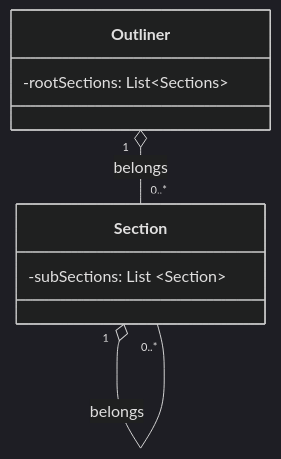
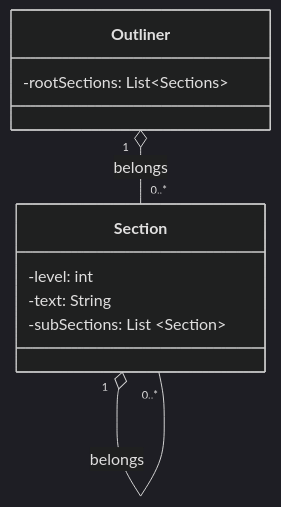
One commit to itsjihunpark/Microsoft-Word-Outliner-Clone changed the diagram in docs/UMLTemplate.md. Above: the diagram before and after it, drawn with Mermaid (dark theme).

Commit message:
Update file UMLTemplate.md

````diff
--- a/docs/UMLTemplate.md
+++ b/docs/UMLTemplate.md
@@ -24,12 +24,14 @@
 ```mermaid
 classDiagram
     Outliner "1" o-- "0..*" Section : belongs
     Section "1" o-- "0..*" Section : belongs 
     class Outliner{
       -rootSections: List~Sections~
     }
     class Section{
+      -level: int
+      -text: String
       -subSections: List ~Section~
     }
 
 ```
````
